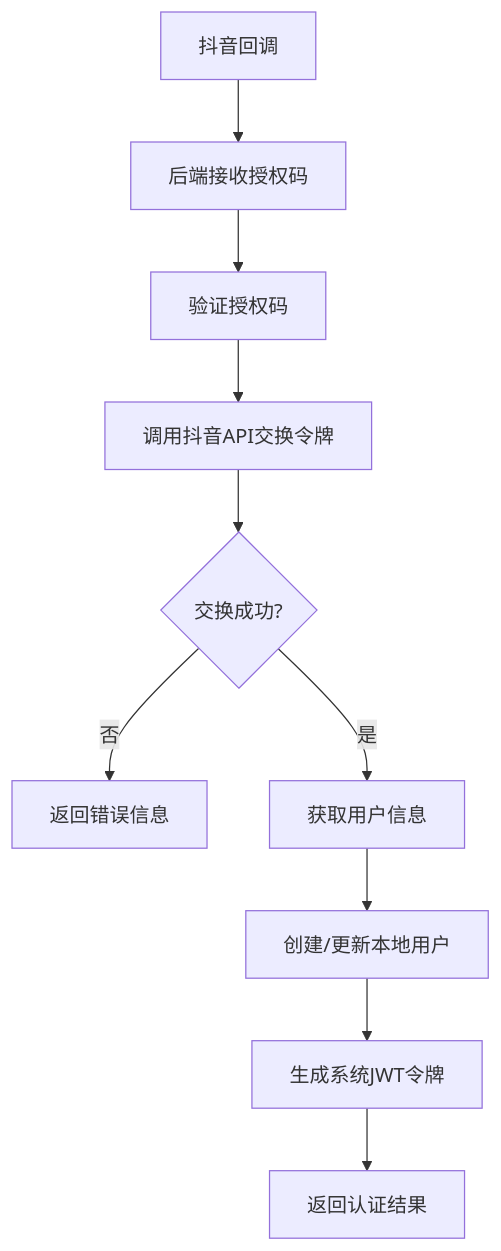
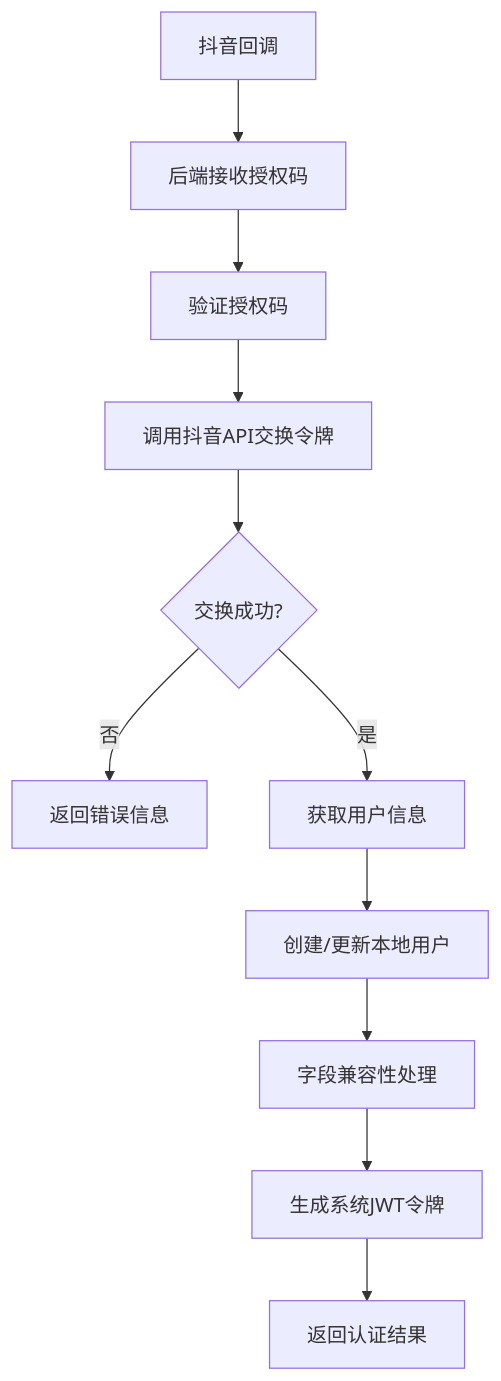
One commit to songdiyang/clawOperations changed diagram 11 of 14 in .qoder/repowiki/zh/content/核心模块详解/认证模块/抖音OAuth集成.md. Above: the diagram before and after it, drawn with Mermaid. The commit also changed other lines of this file and 6 other files, not shown here.

````diff
--- a/.qoder/repowiki/zh/content/核心模块详解/认证模块/抖音OAuth集成.md
+++ b/.qoder/repowiki/zh/content/核心模块详解/认证模块/抖音OAuth集成.md
@@ -393,12 +473,13 @@
 ```mermaid
 flowchart TD
 A[抖音回调] --> B[后端接收授权码]
 B --> C[验证授权码]
 C --> D[调用抖音API交换令牌]
 D --> E{交换成功?}
 E --> |否| F[返回错误信息]
 E --> |是| G[获取用户信息]
 G --> H[创建/更新本地用户]
-H --> I[生成系统JWT令牌]
-I --> J[返回认证结果]
+H --> I[字段兼容性处理]
+I --> J[生成系统JWT令牌]
+J --> K[返回认证结果]
 ```
````
